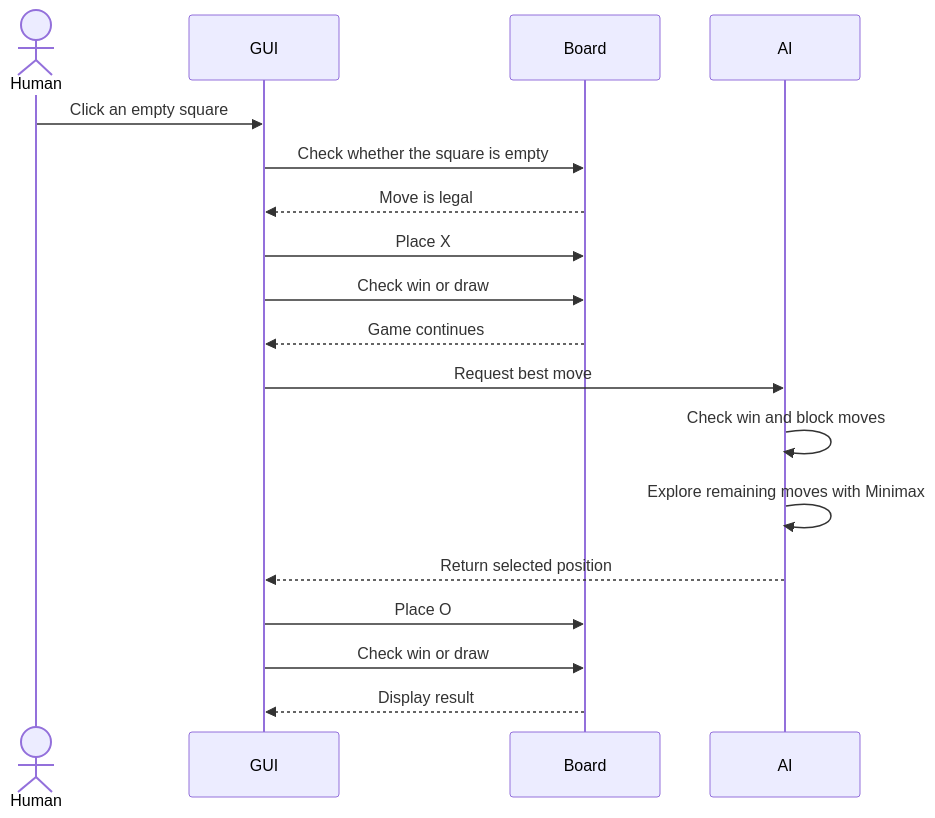
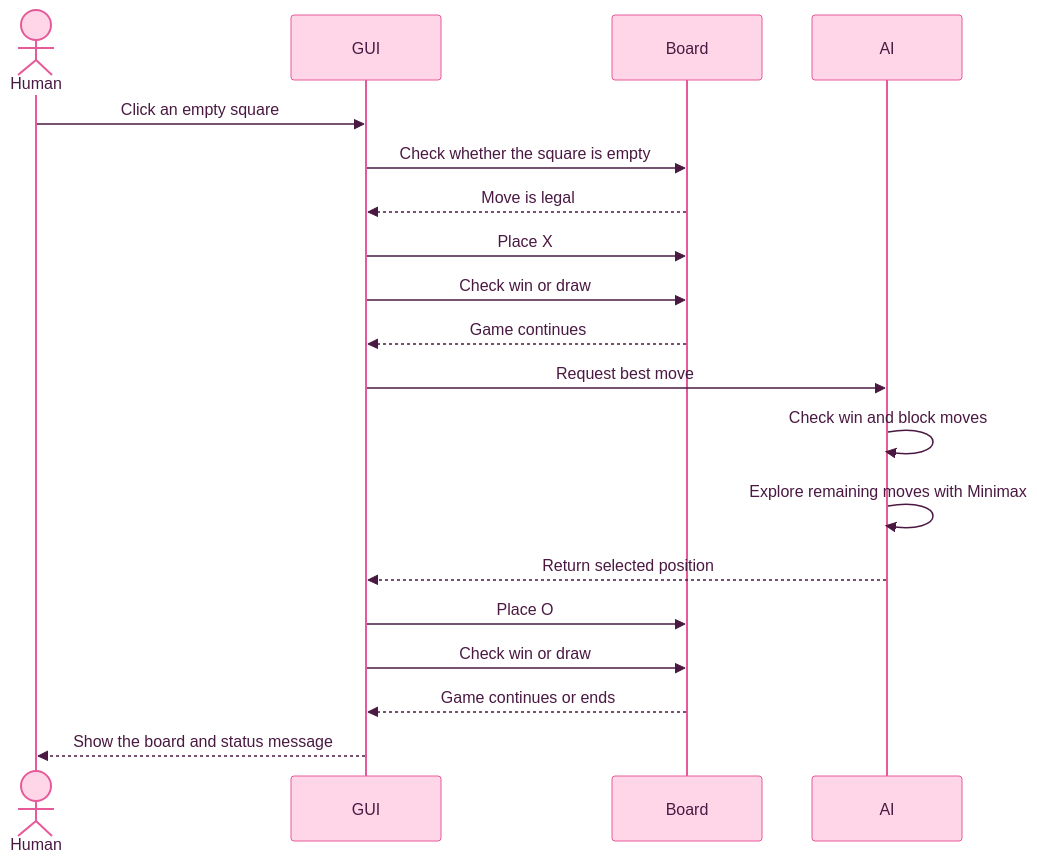
Before and after one commit to sairshiekh1725/2025-S-CYS-72-RIDA_WAHEED_AI_LAB: the second of 3 diagrams in README.md, drawn with Mermaid. The commit also changed other lines of this file, not shown here.

First line of the commit message:
Revise README for Tic-Tac-Toe game

````diff
--- a/README.md
+++ b/README.md
@@ -73,21 +104,23 @@
 ```mermaid
+%%{init: {'theme':'base','themeVariables':{'primaryColor':'#ffd6e7','primaryBorderColor':'#e75a9a','primaryTextColor':'#4a1942','lineColor':'#c2185b','actorBkg':'#ffd6e7','actorBorder':'#e75a9a','noteBkgColor':'#fff0f6'}}}%%
 sequenceDiagram
     actor Human
     participant GUI
     participant Board
     participant AI
-
+ 
     Human->>GUI: Click an empty square
     GUI->>Board: Check whether the square is empty
     Board-->>GUI: Move is legal
     GUI->>Board: Place X
     GUI->>Board: Check win or draw
     Board-->>GUI: Game continues
     GUI->>AI: Request best move
     AI->>AI: Check win and block moves
     AI->>AI: Explore remaining moves with Minimax
     AI-->>GUI: Return selected position
     GUI->>Board: Place O
     GUI->>Board: Check win or draw
-    Board-->>GUI: Display result
+    Board-->>GUI: Game continues or ends
+    GUI-->>Human: Show the board and status message
 ```
````
